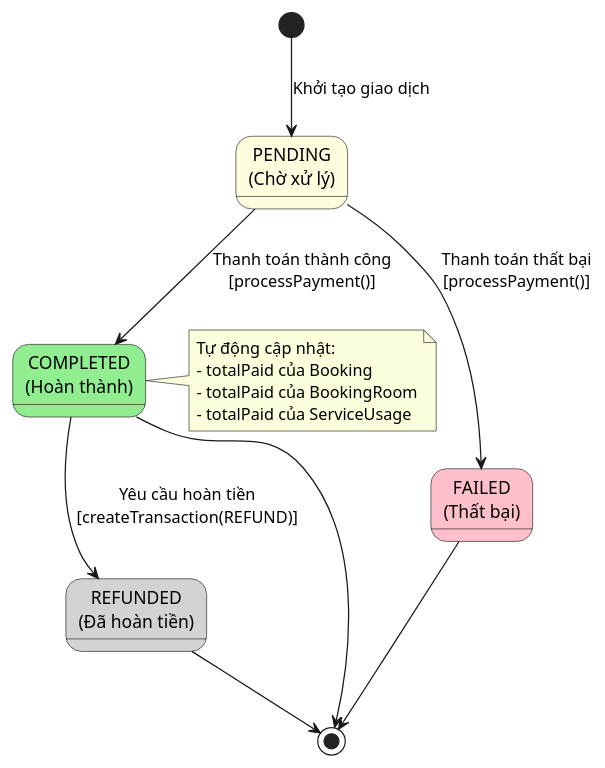
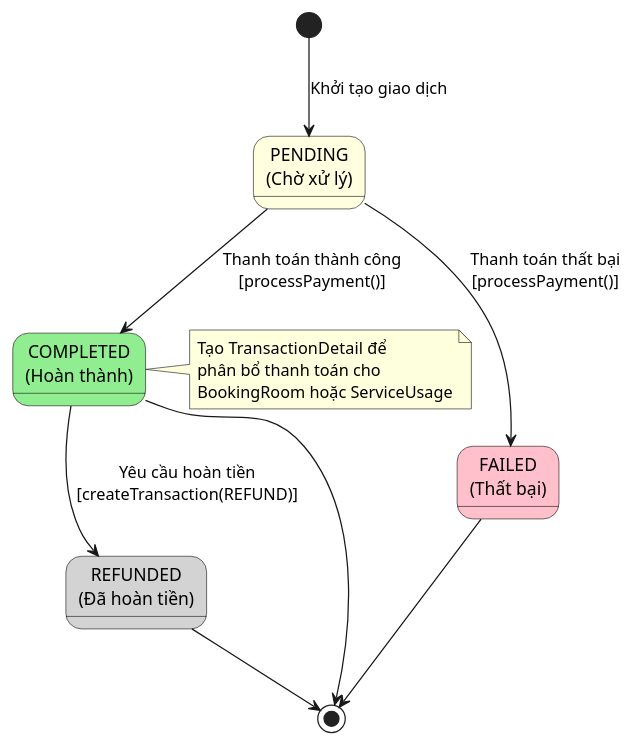
Before and after one commit to gnauqoa/roommaster-be: the seventh of 11 diagrams in reports/3-PhanTich.md, drawn with PlantUML. The commit also changed other lines of this file, not shown here.

````diff
--- a/reports/3-PhanTich.md
+++ b/reports/3-PhanTich.md
@@ -1220,34 +1469,33 @@
 ```plantuml
 @startuml
 skinparam state {
   BackgroundColor<<pending>> LightYellow
   BackgroundColor<<completed>> LightGreen
   BackgroundColor<<failed>> Pink
   BackgroundColor<<refunded>> LightGray
 }
 
 [*] --> PENDING : Khởi tạo giao dịch
 
 state "PENDING\n(Chờ xử lý)" as PENDING <<pending>>
 state "COMPLETED\n(Hoàn thành)" as COMPLETED <<completed>>
 state "FAILED\n(Thất bại)" as FAILED <<failed>>
 state "REFUNDED\n(Đã hoàn tiền)" as REFUNDED <<refunded>>
 
 PENDING --> COMPLETED : Thanh toán thành công\n[processPayment()]
 PENDING --> FAILED : Thanh toán thất bại\n[processPayment()]
 
 COMPLETED --> REFUNDED : Yêu cầu hoàn tiền\n[createTransaction(REFUND)]
 
 FAILED --> [*]
 REFUNDED --> [*]
 COMPLETED --> [*]
 
 note right of COMPLETED
-  Tự động cập nhật:
-  - totalPaid của Booking
-  - totalPaid của BookingRoom
-  - totalPaid của ServiceUsage
+  Tạo TransactionDetail để
+  phân bổ thanh toán cho
+  BookingRoom hoặc ServiceUsage
 end note
 
 @enduml
 ```
````
